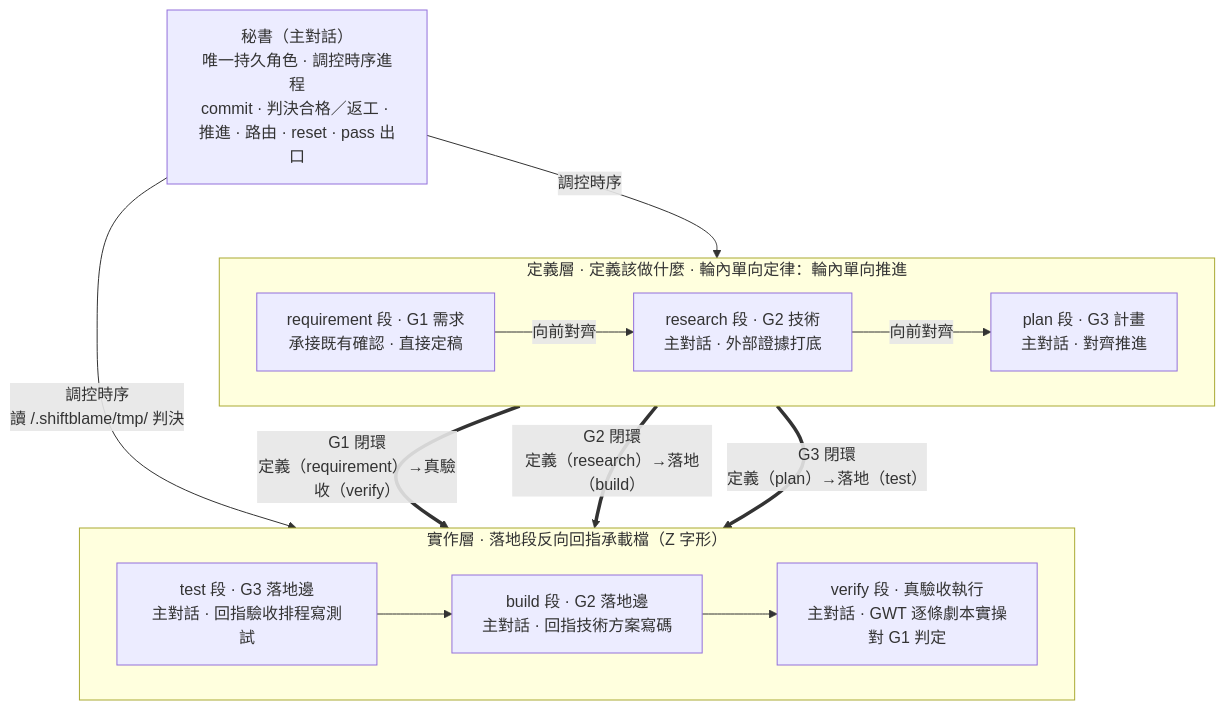
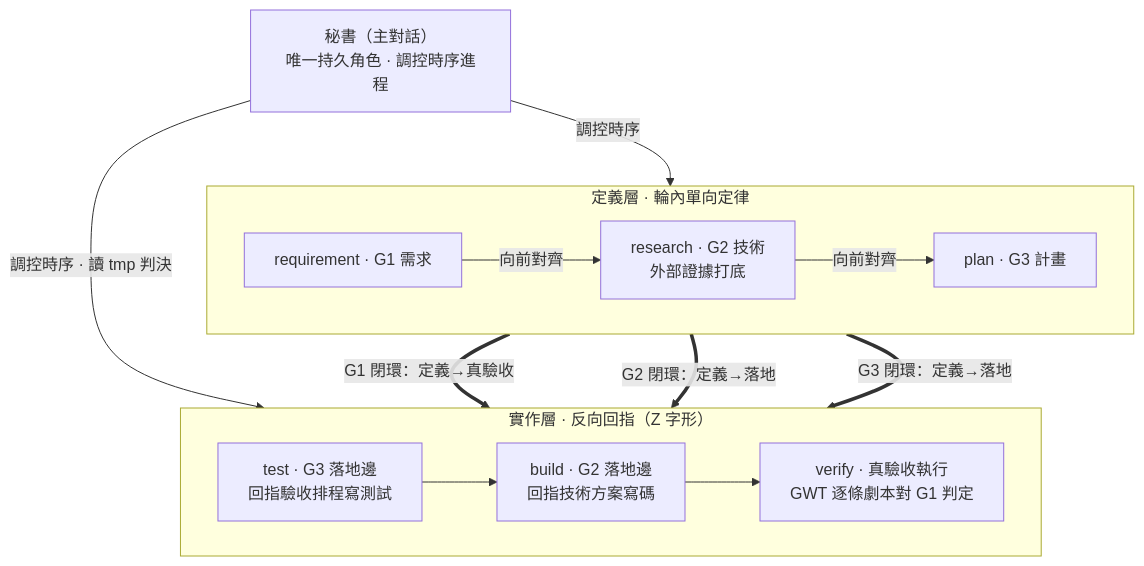
The third of 3 diagrams in skills/shiftblame/SKILL.md (teps3105/shiftblame), drawn with Mermaid before and after one commit. The commit also changed other lines of this file and 19 other files, not shown here.

````diff
--- a/skills/shiftblame/SKILL.md
+++ b/skills/shiftblame/SKILL.md
@@ -188,19 +133,17 @@
 ```mermaid
 flowchart TB
-    SEC["秘書（主對話）<br/>唯一持久角色 · 調控時序進程<br/>commit · 判決合格／返工 · 推進 · 路由 · reset · pass 出口"]
-    subgraph Consult["定義層 · 定義該做什麼 · 輪內單向定律：輪內單向推進"]
+    SEC["秘書（主對話）<br/>唯一持久角色 · 調控時序進程"]
+    subgraph Consult["定義層 · 輪內單向定律"]
         direction LR
-        G1["requirement 段 · G1 需求<br/>承接既有確認 · 直接定稿"] -->|向前對齊| G2["research 段 · G2 技術<br/>主對話 · 外部證據打底"]
-        G2 -->|向前對齊| G3["plan 段 · G3 計畫<br/>主對話 · 對齊推進"]
+        G1["requirement · G1 需求"] -->|向前對齊| G2["research · G2 技術<br/>外部證據打底"] -->|向前對齊| G3["plan · G3 計畫"]
     end
-    subgraph Build["實作層 · 落地段反向回指承載檔（Z 字形）"]
+    subgraph Build["實作層 · 反向回指（Z 字形）"]
         direction LR
-        TST["test 段 · G3 落地邊<br/>主對話 · 回指驗收排程寫測試"] --> DEV["build 段 · G2 落地邊<br/>主對話 · 回指技術方案寫碼"]
-        DEV --> ACC["verify 段 · 真驗收執行<br/>主對話 · GWT 逐條劇本實操對 G1 判定"]
+        TST["test · G3 落地邊<br/>回指驗收排程寫測試"] --> DEV["build · G2 落地邊<br/>回指技術方案寫碼"] --> ACC["verify · 真驗收執行<br/>GWT 逐條劇本對 G1 判定"]
     end
     SEC -- 調控時序 --> Consult
-    SEC -- 調控時序<br/>讀 <repo>/.shiftblame/tmp/ 判決 --> Build
-    G1 == "G1 閉環<br/>定義（requirement）→真驗收（verify）" ==> ACC
-    G2 == "G2 閉環<br/>定義（research）→落地（build）" ==> DEV
-    G3 == "G3 閉環<br/>定義（plan）→落地（test）" ==> TST
+    SEC -- 調控時序 · 讀 tmp 判決 --> Build
+    G1 ==>|G1 閉環：定義→真驗收| ACC
+    G2 ==>|G2 閉環：定義→落地| DEV
+    G3 ==>|G3 閉環：定義→落地| TST
 ```
````
